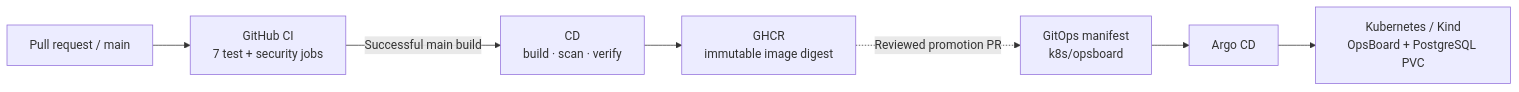
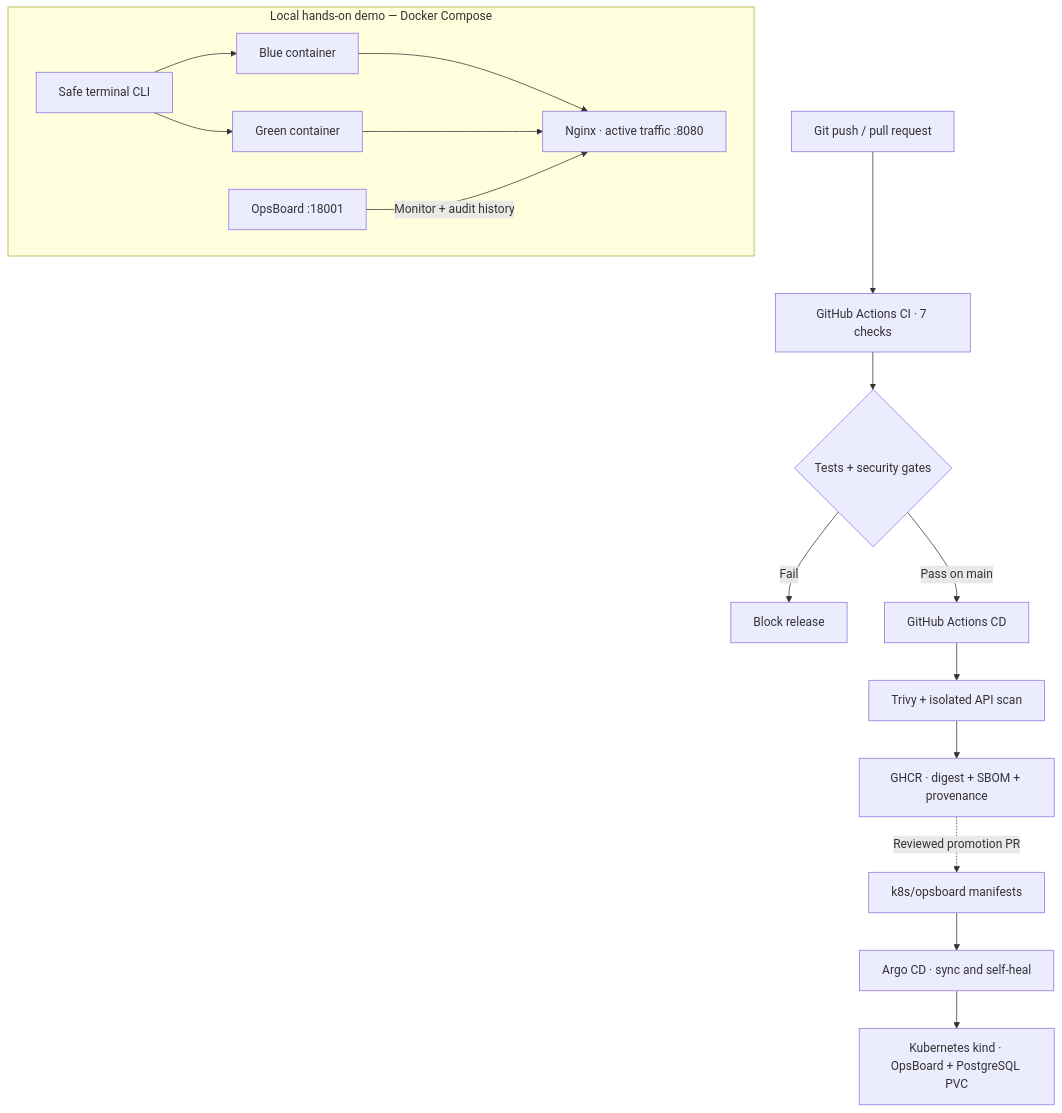
One commit to Mishkaaass/ci-cd-lab changed the first of 2 diagrams in README.md. Above: the diagram before and after it, drawn with Mermaid. The commit also changed other lines of this file and 10 other files, not shown here.

Commit message:
docs: make OpsBoard easy to review on a clean machine (#39)

````diff
--- a/README.md
+++ b/README.md
@@ -31,9 +13,19 @@
 ```mermaid
-flowchart LR
-    Git["Pull request / main"] --> CI["GitHub CI<br/>7 test + security jobs"]
-    CI -->|Successful main build| CD["CD<br/>build · scan · verify"]
-    CD --> GHCR["GHCR<br/>immutable image digest"]
-    GHCR -.->|Reviewed promotion PR| Manifest["GitOps manifest<br/>k8s/opsboard"]
-    Manifest --> Argo[Argo CD]
-    Argo --> K8s["Kubernetes / Kind<br/>OpsBoard + PostgreSQL PVC"]
+flowchart TB
+  Dev["Git push / pull request"] --> CI["GitHub Actions CI · 7 checks"]
+  CI --> Gate{"Tests + security gates"}
+  Gate -->|Fail| Block["Block release"]
+  Gate -->|Pass on main| CD["GitHub Actions CD"]
+  CD --> Scan["Trivy + isolated API scan"]
+  Scan --> Registry["GHCR · digest + SBOM + provenance"]
+  Registry -.->|Reviewed promotion PR| Git["k8s/opsboard manifests"]
+  Git --> Argo["Argo CD · sync and self-heal"]
+  Argo --> K8s["Kubernetes kind · OpsBoard + PostgreSQL PVC"]
+  subgraph Demo["Local hands-on demo — Docker Compose"]
+    CLI["Safe terminal CLI"] --> Blue["Blue container"]
+    CLI --> Green["Green container"]
+    Blue --> Nginx["Nginx · active traffic :8080"]
+    Green --> Nginx
+    UI["OpsBoard :18001"] -->|"Monitor + audit history"| Nginx
+  end
 ```
````
